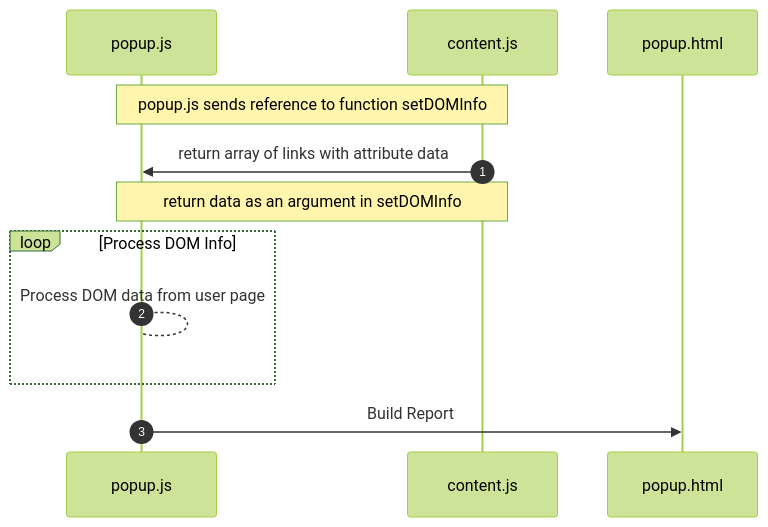
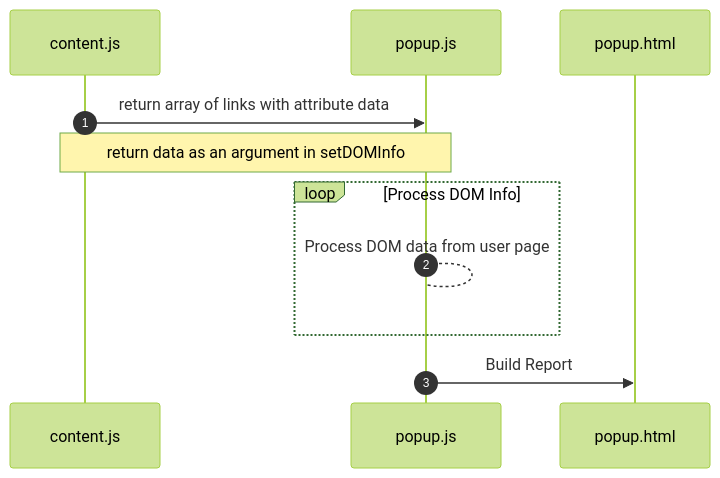
Before and after one commit to rebeccapeltz/chrome-ext-guide: the third of 3 diagrams in create-a-chrome-extension/code-the-extension.md, drawn with Mermaid (forest theme). The commit also changed other lines of this file, not shown here.

````diff
--- a/create-a-chrome-extension/code-the-extension.md
+++ b/create-a-chrome-extension/code-the-extension.md
@@ -203,11 +203,10 @@
 ```mermaid
 sequenceDiagram
     autonumber
-    Note over popup.js,content.js: popup.js sends reference to function setDOMInfo
     content.js->>popup.js: return array of links with attribute data
     Note over popup.js,content.js: return data as an argument in setDOMInfo
     loop Process DOM Info 
         popup.js-->popup.js: Process DOM data from user page
     end
     popup.js->>popup.html: Build Report  
 ```
````
